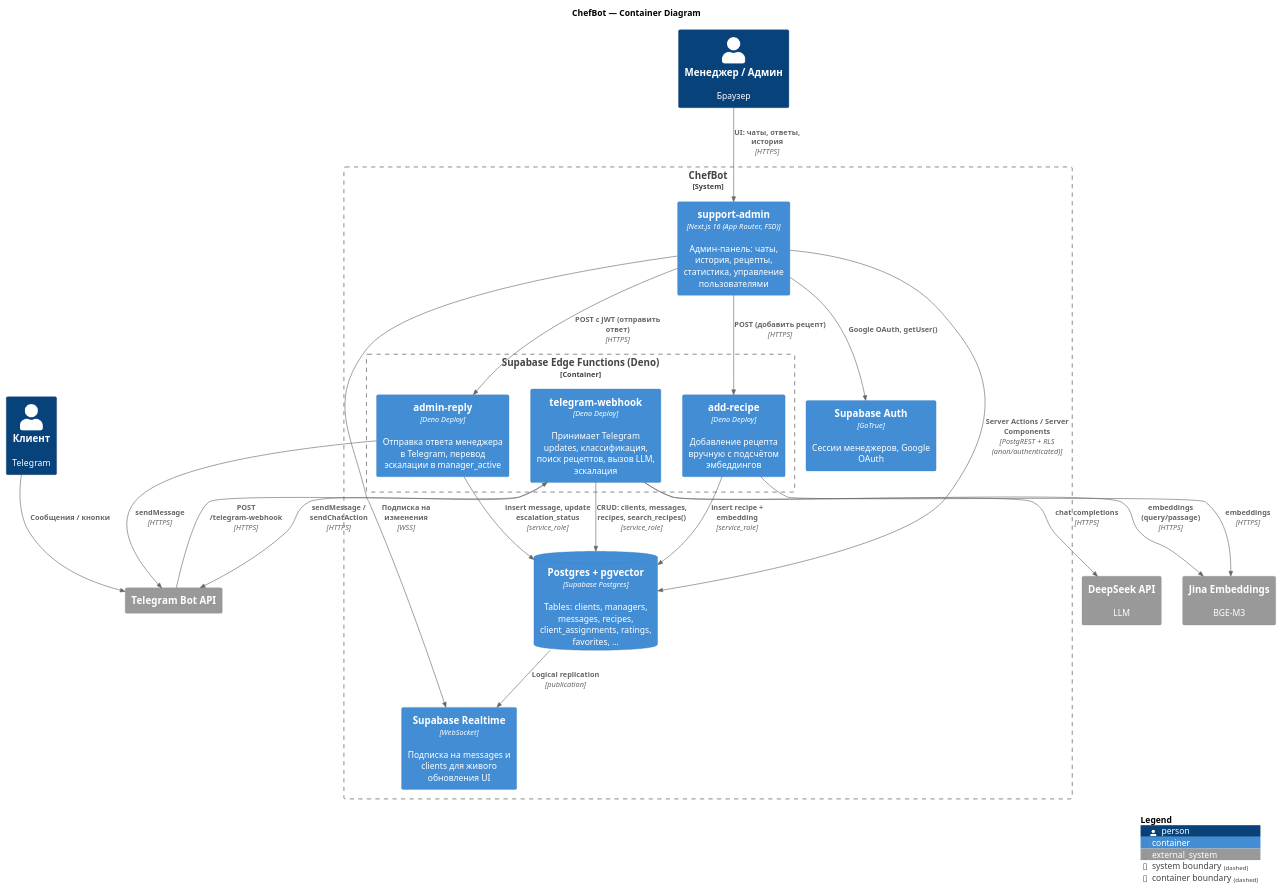
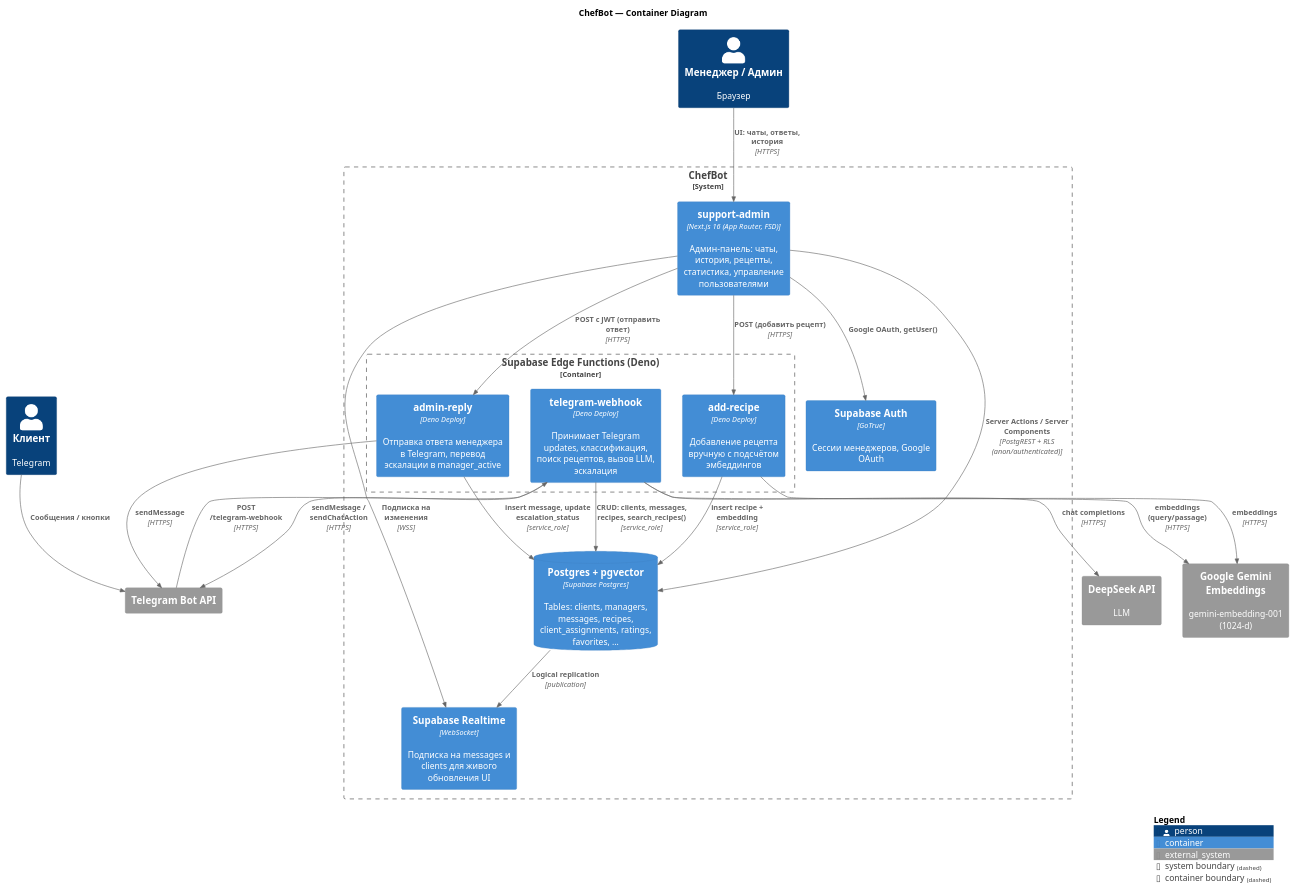
The diagram in docs/c4-container.puml (Uladzislau25/vibecoding), drawn with PlantUML before and after one commit. The commit also changed 6 other files, not shown here.

Commit message:
docs(architecture): sync diagrams and SRS with Gemini embeddings, 0.80 threshold and FSD webhook structure

```diff
--- a/docs/c4-container.puml
+++ b/docs/c4-container.puml
@@ -1,47 +1,47 @@
 @startuml C4-Container
 !include https://raw.githubusercontent.com/plantuml-stdlib/C4-PlantUML/master/C4_Container.puml
 
 title ChefBot — Container Diagram
 
 Person(client, "Клиент", "Telegram")
 Person(manager, "Менеджер / Админ", "Браузер")
 
 System_Boundary(chefbot, "ChefBot") {
     Container(admin_app, "support-admin", "Next.js 16 (App Router, FSD)", "Админ-панель: чаты, история, рецепты, статистика, управление пользователями")
     Container_Boundary(edge, "Supabase Edge Functions (Deno)") {
         Container(fn_webhook, "telegram-webhook", "Deno Deploy", "Принимает Telegram updates, классификация, поиск рецептов, вызов LLM, эскалация")
         Container(fn_admin_reply, "admin-reply", "Deno Deploy", "Отправка ответа менеджера в Telegram, перевод эскалации в manager_active")
         Container(fn_add_recipe, "add-recipe", "Deno Deploy", "Добавление рецепта вручную с подсчётом эмбеддингов")
     }
     ContainerDb(db, "Postgres + pgvector", "Supabase Postgres", "Tables: clients, managers, messages, recipes, client_assignments, ratings, favorites, ...")
     Container(realtime, "Supabase Realtime", "WebSocket", "Подписка на messages и clients для живого обновления UI")
     Container(auth, "Supabase Auth", "GoTrue", "Сессии менеджеров, Google OAuth")
 }
 
 System_Ext(telegram, "Telegram Bot API")
 System_Ext(deepseek, "DeepSeek API", "LLM")
-System_Ext(jina, "Jina Embeddings", "BGE-M3")
+System_Ext(gemini, "Google Gemini Embeddings", "gemini-embedding-001 (1024-d)")
 
 Rel(client, telegram, "Сообщения / кнопки")
 Rel(telegram, fn_webhook, "POST /telegram-webhook", "HTTPS")
 Rel(fn_webhook, telegram, "sendMessage / sendChatAction", "HTTPS")
 Rel(fn_admin_reply, telegram, "sendMessage", "HTTPS")
 
 Rel(manager, admin_app, "UI: чаты, ответы, история", "HTTPS")
 Rel(admin_app, auth, "Google OAuth, getUser()")
 Rel(admin_app, db, "Server Actions / Server Components", "PostgREST + RLS (anon/authenticated)")
 Rel(admin_app, realtime, "Подписка на изменения", "WSS")
 Rel(admin_app, fn_admin_reply, "POST с JWT (отправить ответ)", "HTTPS")
 Rel(admin_app, fn_add_recipe, "POST (добавить рецепт)", "HTTPS")
 
 Rel(fn_webhook, db, "CRUD: clients, messages, recipes, search_recipes()", "service_role")
 Rel(fn_webhook, deepseek, "chat completions", "HTTPS")
-Rel(fn_webhook, jina, "embeddings (query/passage)", "HTTPS")
+Rel(fn_webhook, gemini, "embeddings (query/passage)", "HTTPS")
 Rel(fn_admin_reply, db, "insert message, update escalation_status", "service_role")
 Rel(fn_add_recipe, db, "insert recipe + embedding", "service_role")
-Rel(fn_add_recipe, jina, "embeddings", "HTTPS")
+Rel(fn_add_recipe, gemini, "embeddings", "HTTPS")
 
 Rel(db, realtime, "Logical replication", "publication")
 
 SHOW_LEGEND()
 @enduml
```
